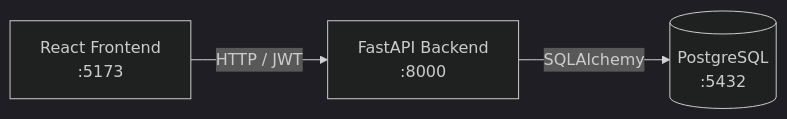
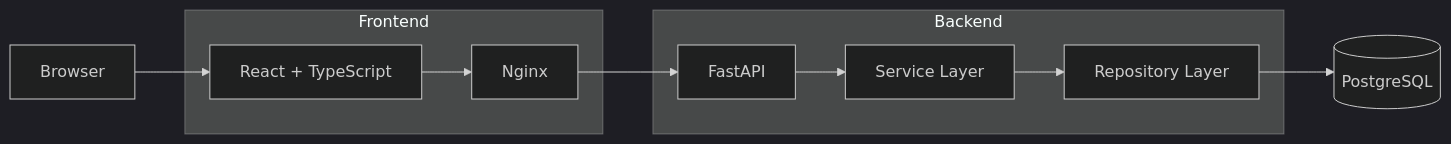
Before and after one commit to ZitongWang1202/splitwise_like: the diagram in README.md, drawn with Mermaid (dark theme). The commit also changed other lines of this file, not shown here.

````diff
--- a/README.md
+++ b/README.md
@@ -38,5 +71,25 @@
 ```mermaid
 flowchart LR
-    Browser["React Frontend\n:5173"] -->|HTTP / JWT| API["FastAPI Backend\n:8000"]
-    API -->|SQLAlchemy| DB[(PostgreSQL\n:5432)]
+
+User["Browser"]
+
+subgraph Frontend
+React["React + TypeScript"]
+Nginx["Nginx"]
+end
+
+subgraph Backend
+API["FastAPI"]
+Service["Service Layer"]
+Repo["Repository Layer"]
+end
+
+DB[(PostgreSQL)]
+
+User --> React
+React --> Nginx
+Nginx --> API
+API --> Service
+Service --> Repo
+Repo --> DB
 ```
````
